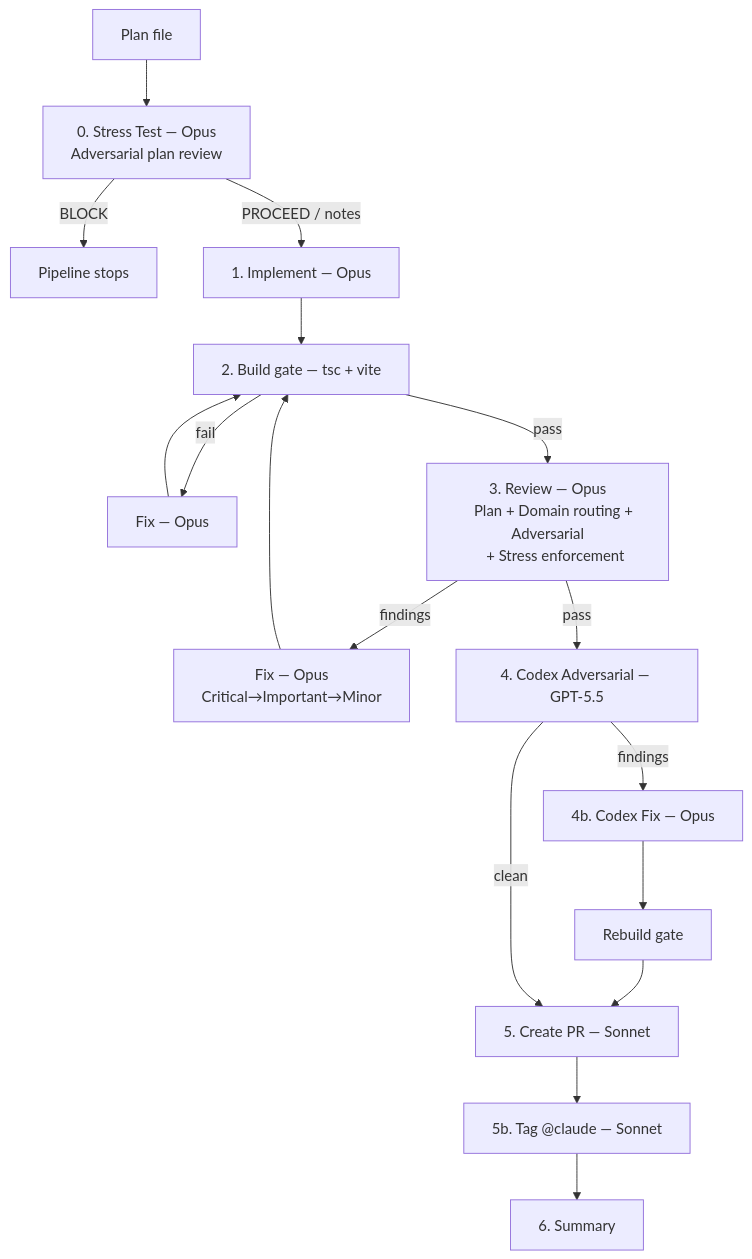
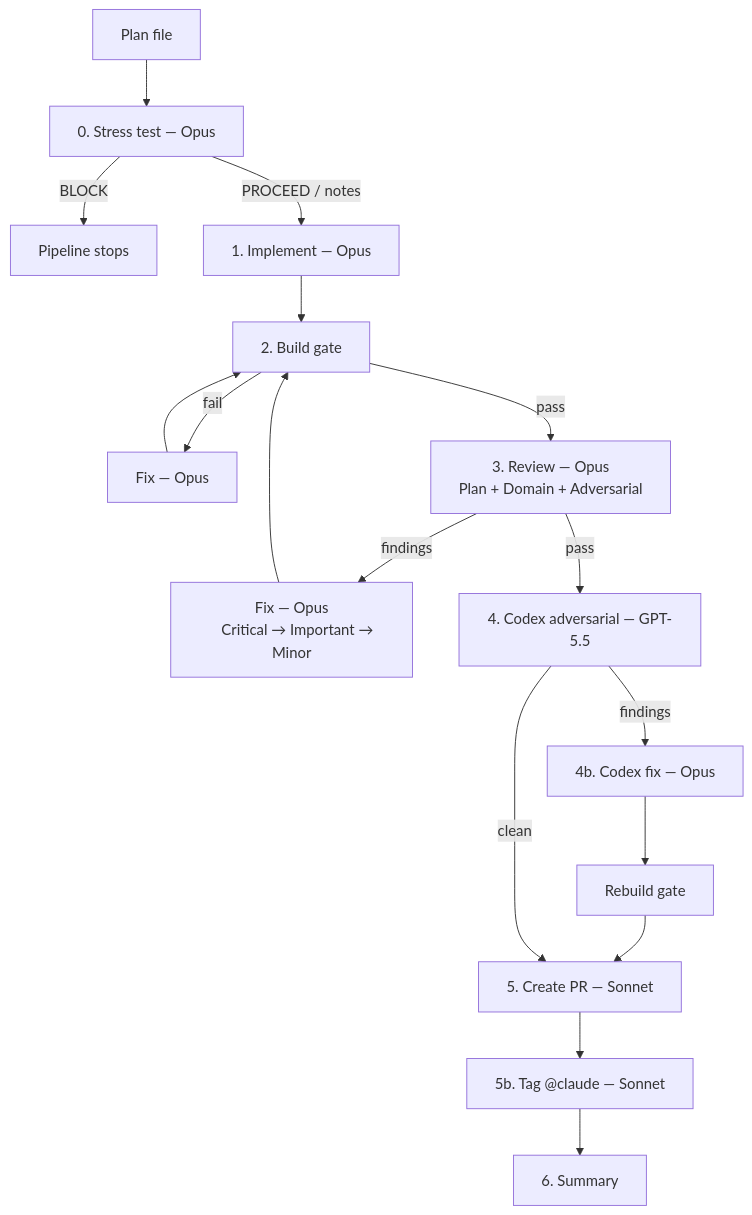
One commit to ilsantino/iago-os changed the second of 3 diagrams in README.md. Above: the diagram before and after it, drawn with Mermaid. The commit also changed other lines of this file, not shown here.

````diff
--- a/README.md
+++ b/README.md
@@ -130,23 +176,21 @@
 ```mermaid
 flowchart TD
-    Plan[Plan file] --> Stress["0. Stress Test — Opus
-    Adversarial plan review"]
+    Plan[Plan file] --> Stress["0. Stress test — Opus"]
     Stress -->|BLOCK| Stop[Pipeline stops]
     Stress -->|PROCEED / notes| Impl[1. Implement — Opus]
-    Impl --> Build[2. Build gate — tsc + vite]
+    Impl --> Build[2. Build gate]
     Build -->|fail| Fix[Fix — Opus]
     Fix --> Build
     Build -->|pass| Review["3. Review — Opus
-    Plan + Domain routing + Adversarial
-    + Stress enforcement"]
+    Plan + Domain + Adversarial"]
     Review -->|findings| Fix2["Fix — Opus
-    Critical→Important→Minor"]
+    Critical → Important → Minor"]
     Fix2 --> Build
-    Review -->|pass| Codex["4. Codex Adversarial — GPT-5.5"]
-    Codex -->|findings| CdxFix[4b. Codex Fix — Opus]
+    Review -->|pass| Codex["4. Codex adversarial — GPT-5.5"]
+    Codex -->|findings| CdxFix[4b. Codex fix — Opus]
     CdxFix --> Rebuild[Rebuild gate]
     Rebuild --> PR[5. Create PR — Sonnet]
     Codex -->|clean| PR
     PR --> Tag[5b. Tag @claude — Sonnet]
     Tag --> Summary[6. Summary]
 ```
````
